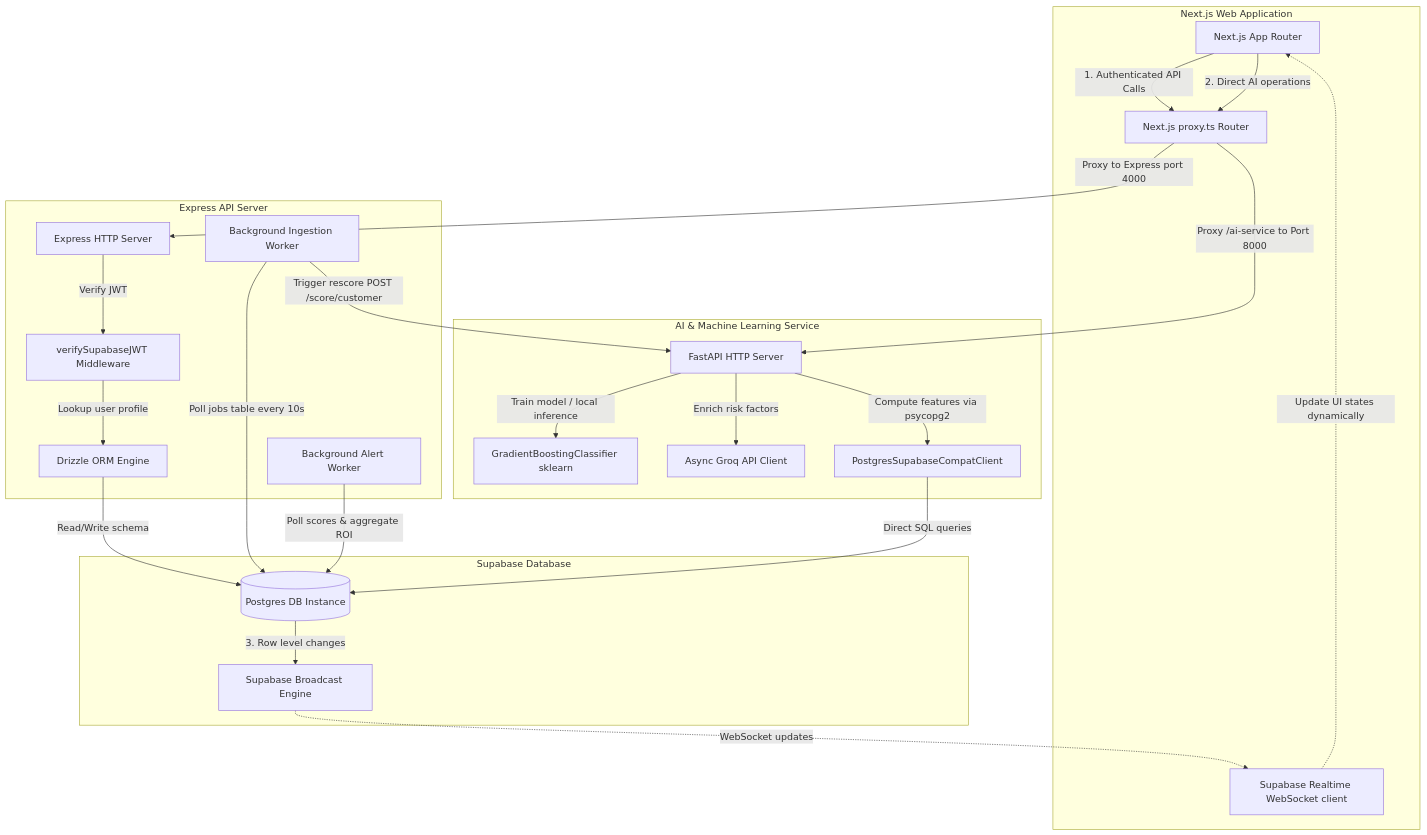
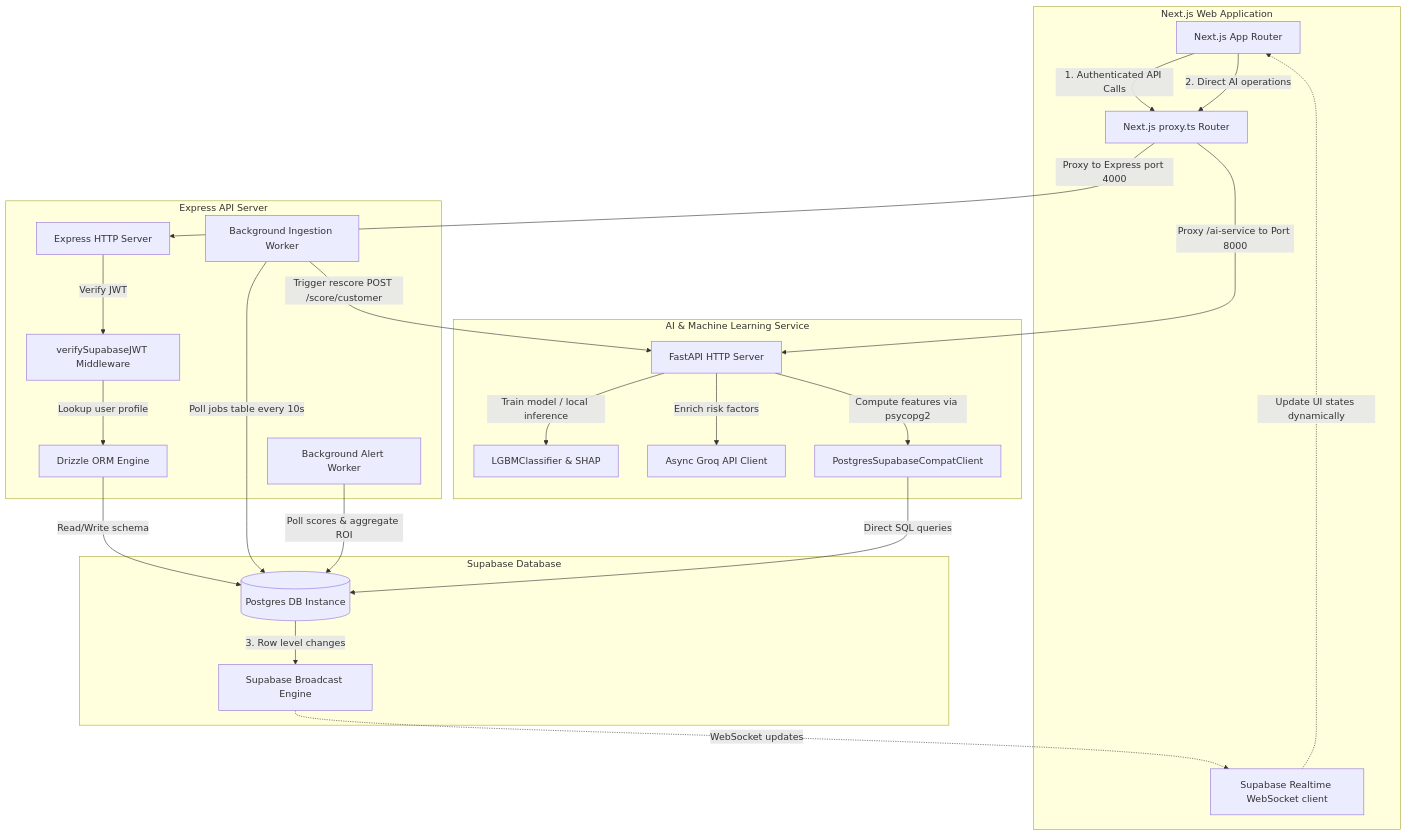
One commit to apoorvmaurya/retentiq changed the first of 2 diagrams in README.md. Above: the diagram before and after it, drawn with Mermaid. The commit also changed other lines of this file and 37 other files, not shown here.

````diff
--- a/README.md
+++ b/README.md
@@ -45,55 +45,55 @@
 ```mermaid
 graph TD
     %% Frontend Layer
     subgraph Frontend [Next.js Web Application]
         NextApp[Next.js App Router]
         ProxyRules[Next.js proxy.ts Router]
         RealTimeClient[Supabase Realtime WebSocket client]
     end
 
     %% Backend Service Layer
     subgraph NodeAPI [Express API Server]
         ExpServer[Express HTTP Server]
         AuthJWT[verifySupabaseJWT Middleware]
         IngWorker[Background Ingestion Worker]
         AlWorker[Background Alert Worker]
         Drizzle[Drizzle ORM Engine]
     end
 
     %% Python AI Layer
     subgraph PyAI [AI & Machine Learning Service]
         FastAPI[FastAPI HTTP Server]
-        SkLearn[GradientBoostingClassifier sklearn]
+        LightGBM[LGBMClassifier & SHAP]
         GroqClient[Async Groq API Client]
         PyDBCompat[PostgresSupabaseCompatClient]
     end
 
     %% Database Layer
     subgraph DataStore [Supabase Database]
         Postgres[(Postgres DB Instance)]
         RealtimeBroadcast[Supabase Broadcast Engine]
     end
 
     %% Communication Flow
     NextApp -->|1. Authenticated API Calls| ProxyRules
     ProxyRules -->|Proxy to Express port 4000| ExpServer
     NextApp -->|2. Direct AI operations| ProxyRules
     ProxyRules -->|Proxy /ai-service to Port 8000| FastAPI
 
     ExpServer -->|Verify JWT| AuthJWT
     AuthJWT -->|Lookup user profile| Drizzle
     Drizzle -->|Read/Write schema| Postgres
 
     IngWorker -->|Poll jobs table every 10s| Postgres
     IngWorker -->|Trigger rescore POST /score/customer| FastAPI
     AlWorker -->|Poll scores & aggregate ROI| Postgres
 
     FastAPI -->|Compute features via psycopg2| PyDBCompat
     PyDBCompat -->|Direct SQL queries| Postgres
-    FastAPI -->|Train model / local inference| SkLearn
+    FastAPI -->|Train model / local inference| LightGBM
     FastAPI -->|Enrich risk factors| GroqClient
 
     Postgres -->|3. Row level changes| RealtimeBroadcast
     RealtimeBroadcast -.->|WebSocket updates| RealTimeClient
     RealTimeClient -.->|Update UI states dynamically| NextApp
 ```
````
